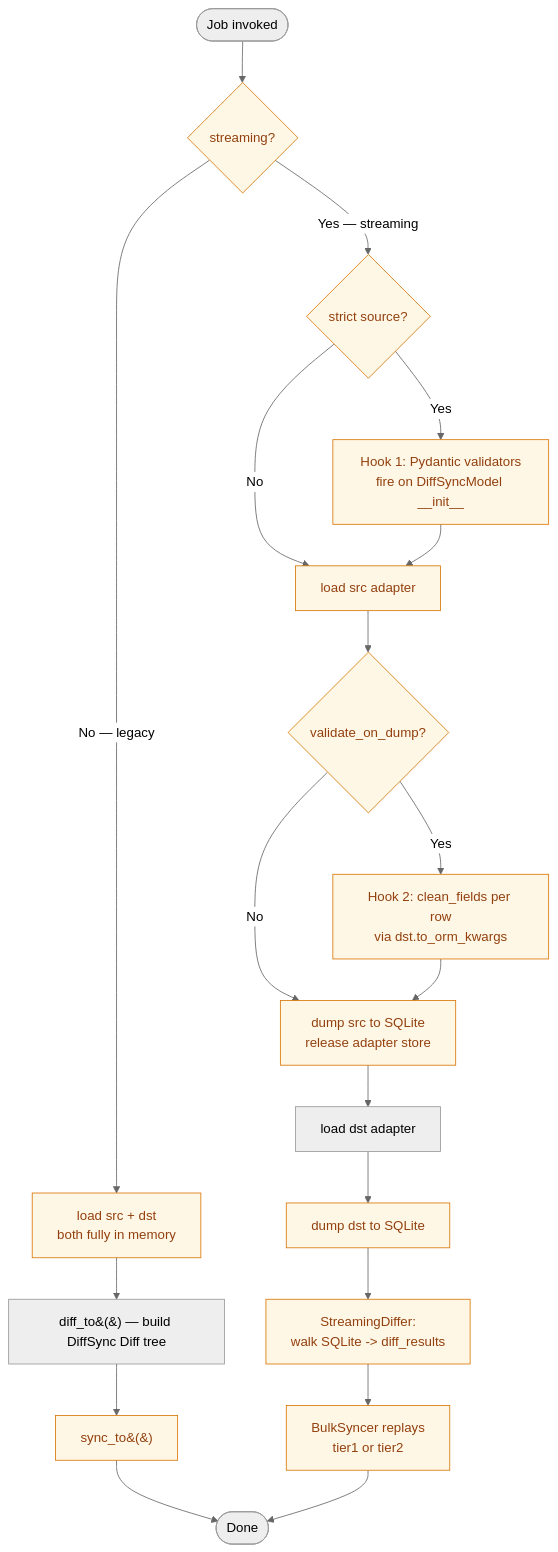
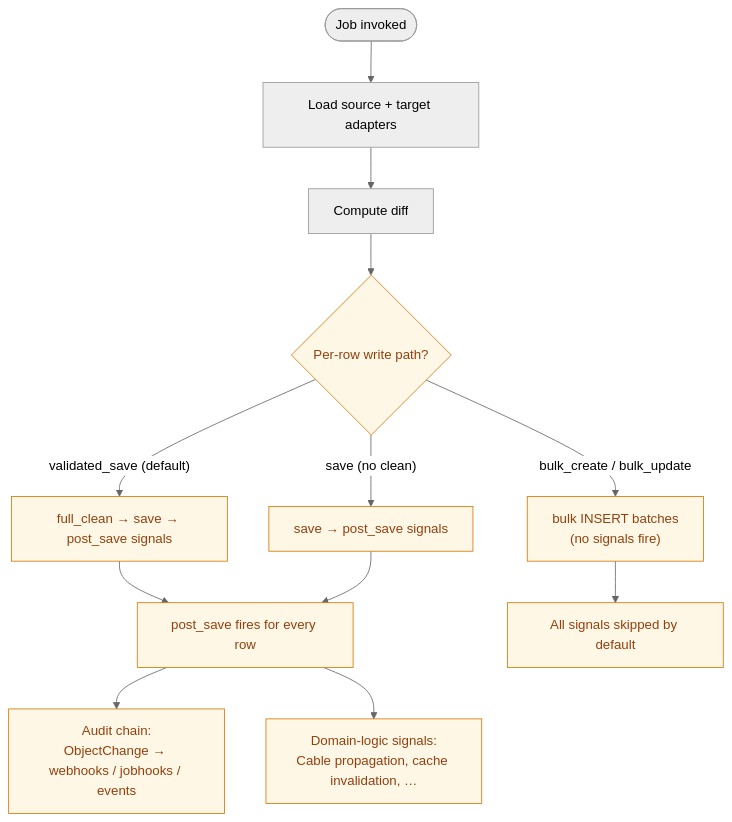
Before and after one commit to nautobot/nautobot-app-ssot: the diagram in docs/dev/performance_validation_menu.md, drawn with Mermaid (neutral theme). The commit also changed other lines of this file and 8 other files, not shown here.

````diff
--- a/docs/dev/performance_validation_menu.md
+++ b/docs/dev/performance_validation_menu.md
@@ -55,27 +83,20 @@
 ```mermaid
 flowchart TD
-    Job([Job invoked]) --> Q1{streaming?}
+    Job([Job invoked]) --> Load[Load source + target adapters]
+    Load --> Diff[Compute diff]
+    Diff --> Apply{Per-row write path?}
 
-    Q1 -->|No — legacy| L1[load src + dst<br/>both fully in memory]
-    L1 --> L2[diff_to&#40;&#41; — build DiffSync Diff tree]
-    L2 --> L3[sync_to&#40;&#41;]
-    L3 --> Done([Done])
+    Apply -->|"validated_save (default)"| PerRow["full_clean → save → post_save signals"]
+    Apply -->|"save (no clean)"| PerRowNoClean["save → post_save signals"]
+    Apply -->|"bulk_create / bulk_update"| Bulk["bulk INSERT batches<br/>(no signals fire)"]
 
-    Q1 -->|Yes — streaming| Q2{strict source?}
-    Q2 -->|Yes| H1[Hook 1: Pydantic validators<br/>fire on DiffSyncModel __init__]
-    Q2 -->|No| S_src
-    H1 --> S_src
+    PerRow --> Signals[post_save fires for every row]
+    PerRowNoClean --> Signals
+    Signals --> Audit["Audit chain:<br/>ObjectChange → webhooks / jobhooks / events"]
+    Signals --> Domain["Domain-logic signals:<br/>Cable propagation, cache invalidation, …"]
 
-    S_src[load src adapter] --> D_src{validate_on_dump?}
-    D_src -->|Yes| H2[Hook 2: clean_fields per row<br/>via dst.to_orm_kwargs]
-    D_src -->|No| Sd_src
-    H2 --> Sd_src
-    Sd_src[dump src to SQLite<br/>release adapter store] --> L_dst[load dst adapter]
-    L_dst --> Sd_dst[dump dst to SQLite]
-    Sd_dst --> Diff[StreamingDiffer:<br/>walk SQLite -> diff_results]
-    Diff --> Replay[BulkSyncer replays<br/>tier1 or tier2]
-    Replay --> Done
+    Bulk --> Skipped[All signals skipped by default]
 
     classDef knob fill:#fff7e6,stroke:#d97706,color:#92400e
-    class Q1,Q2,H1,H2,D_src,L1,L3,S_src,Sd_src,Sd_dst,Diff,Replay knob
+    class Apply,PerRow,PerRowNoClean,Bulk,Signals,Audit,Domain,Skipped knob
 ```
````
